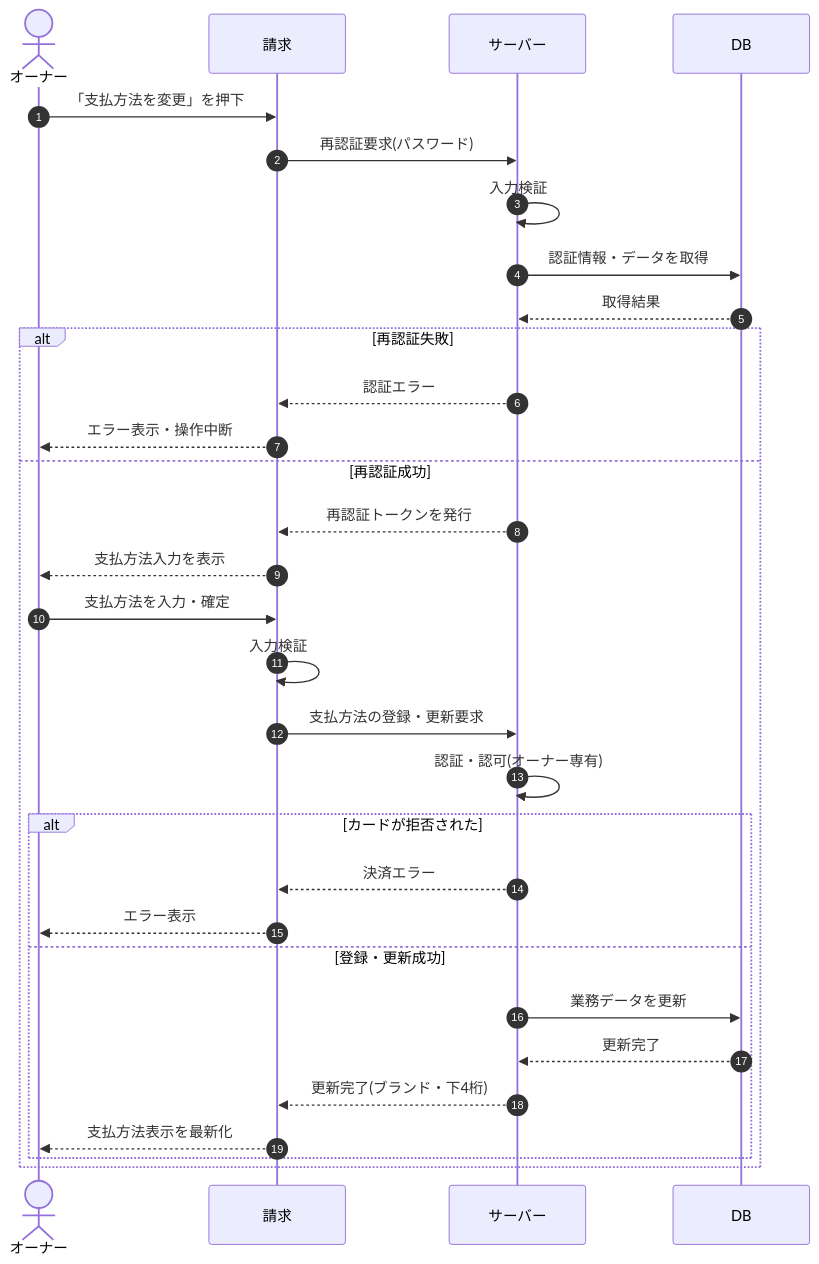
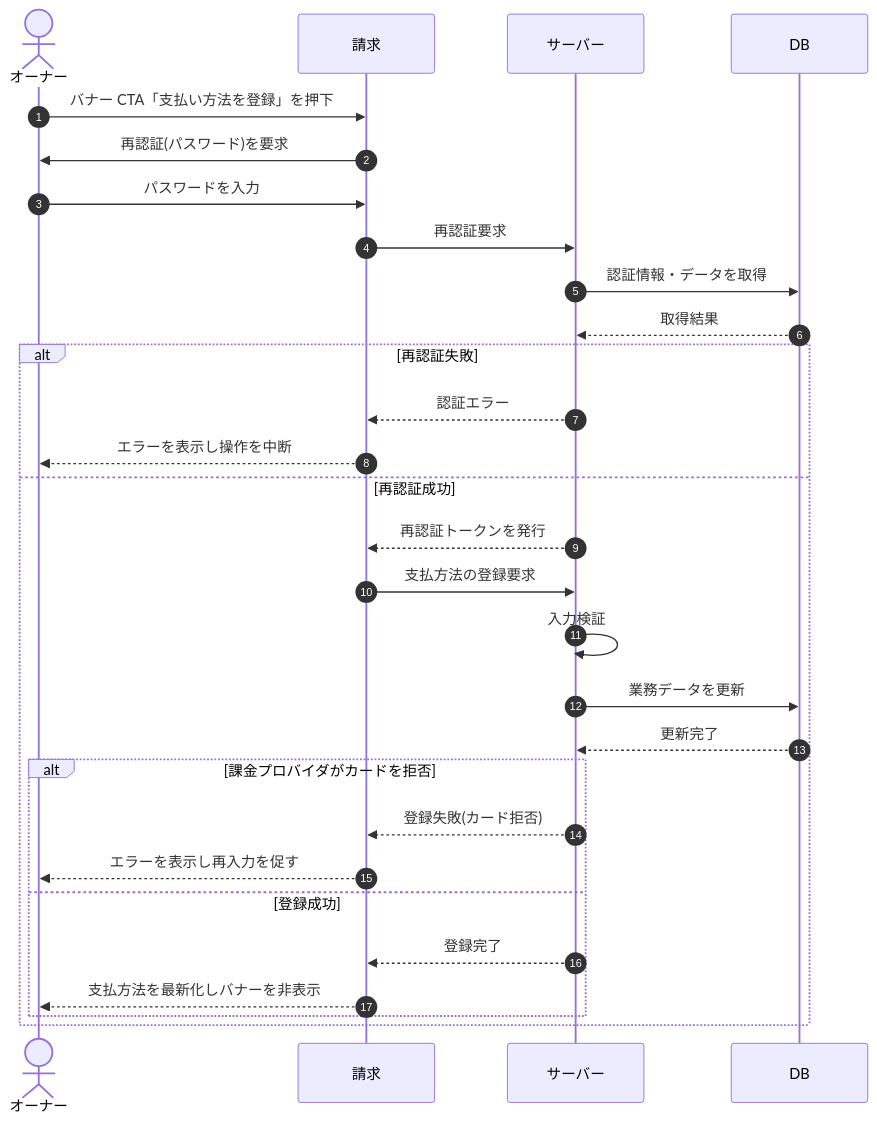
One commit to sikakou54/open-faq changed the diagram in 02_basic_design/03_sequences/SEQ-082.md. Above: the diagram before and after it, drawn with Mermaid. The commit also changed other lines of this file and 395 other files, not shown here.

````diff
--- a/02_basic_design/03_sequences/SEQ-082.md
+++ b/02_basic_design/03_sequences/SEQ-082.md
@@ -25,33 +25,31 @@
 ```mermaid
 sequenceDiagram
   autonumber
   actor U as オーナー
   participant Screen as 請求
   participant Server as サーバー
   participant DB as DB
-  U->>Screen: 「支払方法を変更」を押下
-  Screen->>Server: 再認証要求(パスワード)
-  Server->>Server: 入力検証
+  U->>Screen: バナー CTA「支払い方法を登録」を押下
+  Screen->>U: 再認証(パスワード)を要求
+  U->>Screen: パスワードを入力
+  Screen->>Server: 再認証要求
   Server->>DB: 認証情報・データを取得
   DB-->>Server: 取得結果
   alt 再認証失敗
     Server-->>Screen: 認証エラー
-    Screen-->>U: エラー表示・操作中断
+    Screen-->>U: エラーを表示し操作を中断
   else 再認証成功
     Server-->>Screen: 再認証トークンを発行
-    Screen-->>U: 支払方法入力を表示
-    U->>Screen: 支払方法を入力・確定
-    Screen->>Screen: 入力検証
-    Screen->>Server: 支払方法の登録・更新要求
-    Server->>Server: 認証・認可(オーナー専有)
-    alt カードが拒否された
-      Server-->>Screen: 決済エラー
-      Screen-->>U: エラー表示
-    else 登録・更新成功
-      Server->>DB: 業務データを更新
-      DB-->>Server: 更新完了
-      Server-->>Screen: 更新完了(ブランド・下4桁)
-      Screen-->>U: 支払方法表示を最新化
+    Screen->>Server: 支払方法の登録要求
+    Server->>Server: 入力検証
+    Server->>DB: 業務データを更新
+    DB-->>Server: 更新完了
+    alt 課金プロバイダがカードを拒否
+      Server-->>Screen: 登録失敗(カード拒否)
+      Screen-->>U: エラーを表示し再入力を促す
+    else 登録成功
+      Server-->>Screen: 登録完了
+      Screen-->>U: 支払方法を最新化しバナーを非表示
     end
   end
 ```
````
